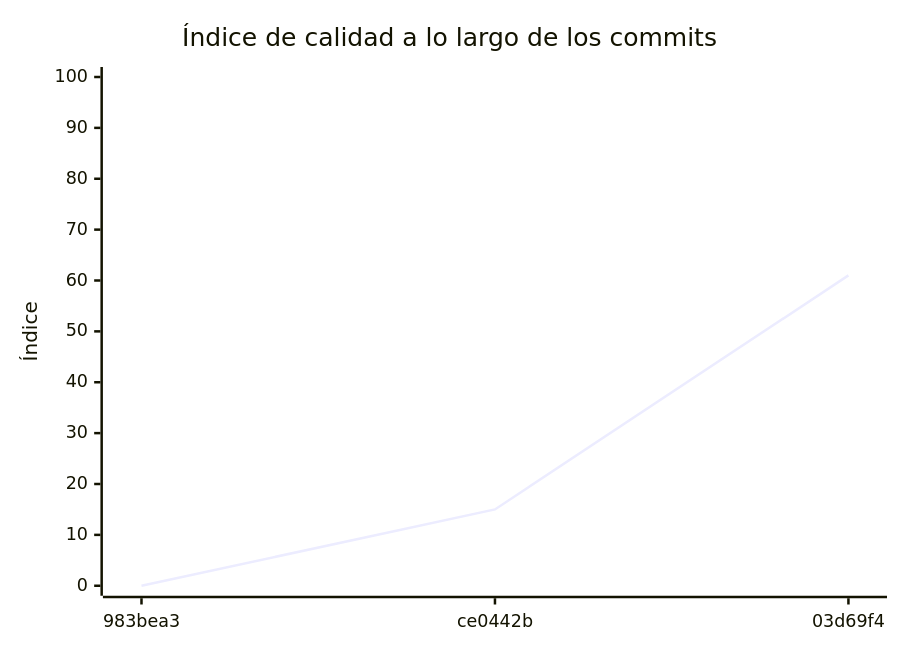
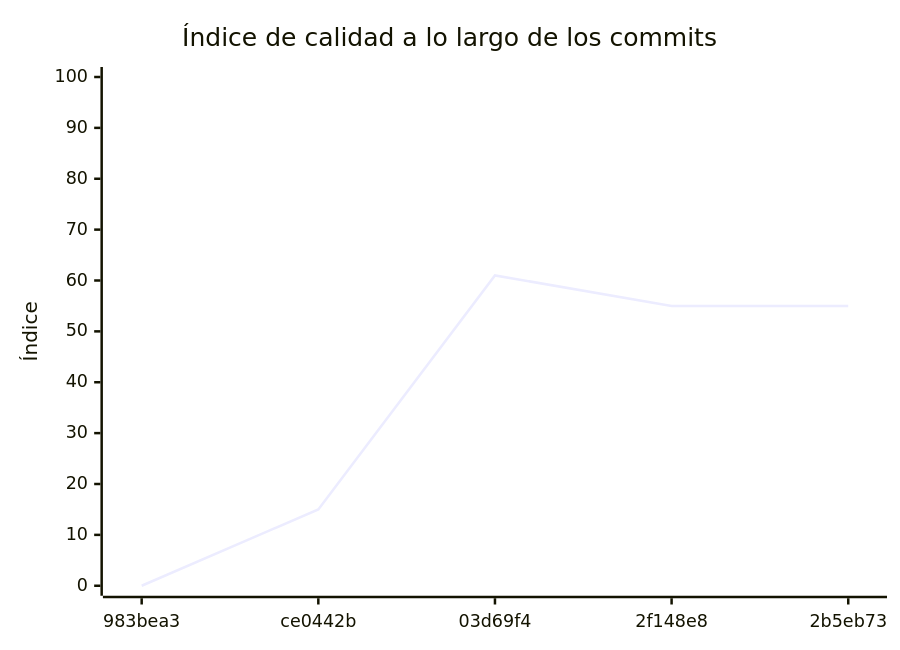
Before and after one commit to manudiiez-um-programacion/turnos-catalogo-sync: the diagram in docs/EVALUACION.md, drawn with Mermaid. The commit also changed other lines of this file and 1 other file, not shown here.

````diff
--- a/docs/EVALUACION.md
+++ b/docs/EVALUACION.md
@@ -195,7 +623,7 @@
 ```mermaid
 xychart-beta
     title "Índice de calidad a lo largo de los commits"
-    x-axis ["983bea3", "ce0442b", "03d69f4"]
+    x-axis ["983bea3", "ce0442b", "03d69f4", "2f148e8", "2b5eb73"]
     y-axis "Índice" 0 --> 100
-    line [0, 15, 61]
+    line [0, 15, 61, 55, 55]
 ```
````
